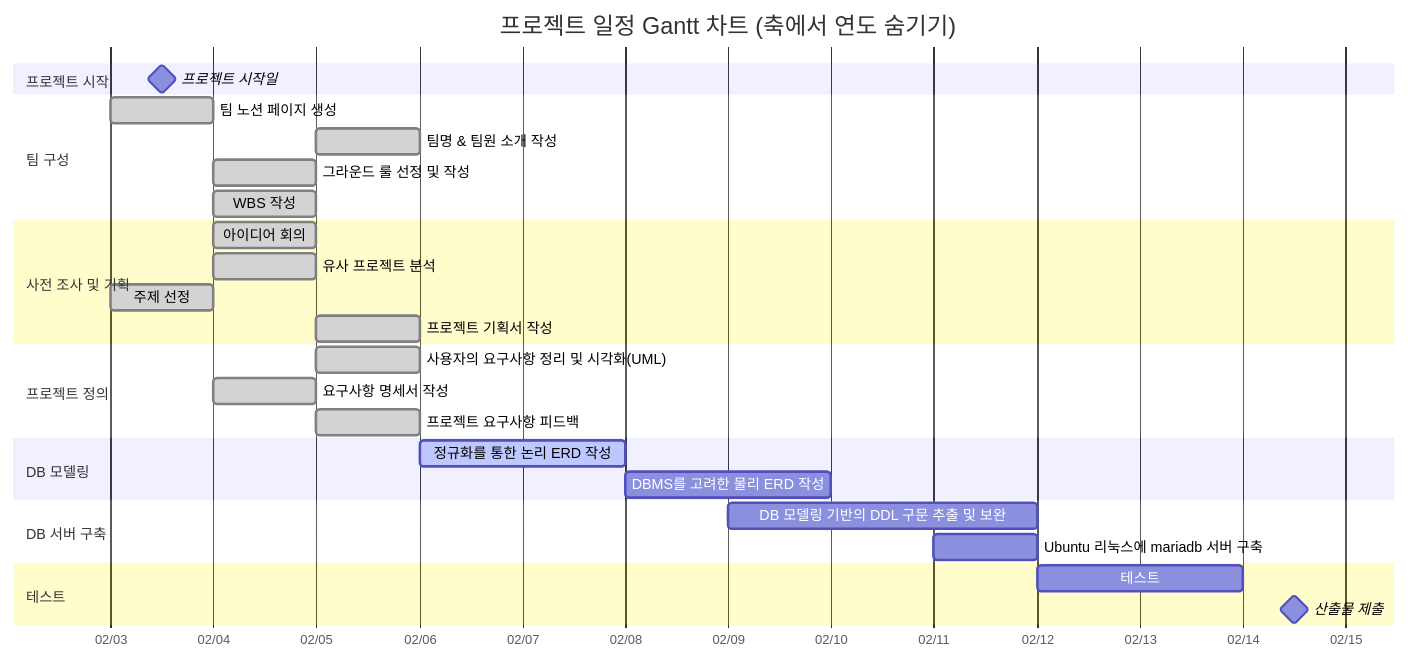
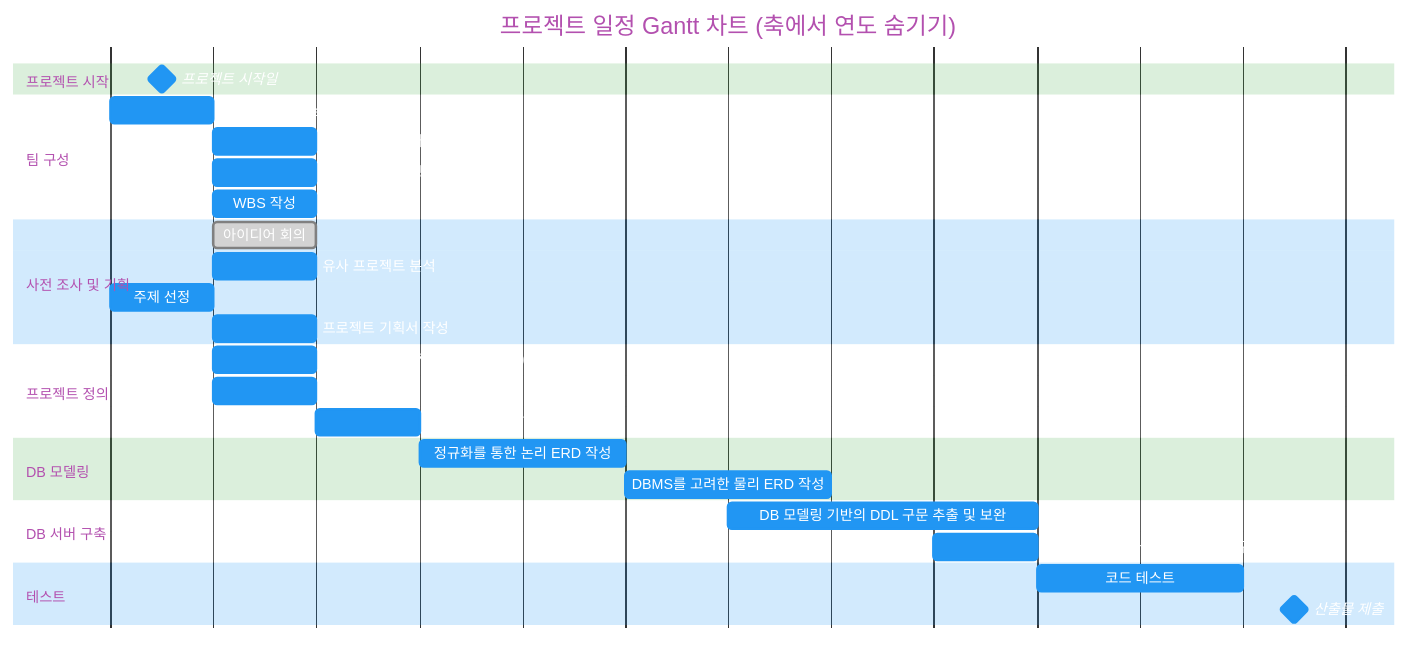
One commit to 64etuor/beyond15th-project-preparation changed the diagram in gannt.md. Above: the diagram before and after it, drawn with Mermaid.

Commit message:
gannt updated

````diff
--- a/gannt.md
+++ b/gannt.md
@@ -3,38 +3,50 @@
 ```mermaid
+%%{init: {
+  'theme': 'base',
+  'themeVariables': {
+    'primaryColor': '#2196f3',
+    'primaryTextColor': '#fff',
+    'primaryBorderColor': '#2196f3',
+    'lineColor': '#2196f3',
+    'secondaryColor': '#ff9800',
+    'tertiaryColor': '#4caf50'
+  }
+}}%%
+
 gantt
 dateFormat  YYYY-MM-DD
 axisFormat  %m/%d
 title 프로젝트 일정 Gantt 차트 (축에서 연도 숨기기)
 
 section 프로젝트 시작
 프로젝트 시작일 :milestone, 2025-02-03, 1d
 
 section 팀 구성
-팀 노션 페이지 생성       :done, 2025-02-03, 1d
-팀명 & 팀원 소개 작성     :done, 2025-02-05, 1d
-그라운드 룰 선정 및 작성  :done, 2025-02-04, 1d
-WBS 작성                :done, 2025-02-04, 1d
+팀 노션 페이지 생성       :2025-02-03, 1d
+팀명 & 팀원 소개 작성     :2025-02-04, 1d
+그라운드 룰 선정 및 작성  :2025-02-04, 1d
+WBS 작성                :2025-02-04, 1d
 
 section 사전 조사 및 기획
 아이디어 회의            :done, 2025-02-04, 1d
-유사 프로젝트 분석       :done, 2025-02-04, 1d
-주제 선정               :done, 2025-02-03, 1d
-프로젝트 기획서 작성     :done, 2025-02-05, 1d
+유사 프로젝트 분석       :2025-02-04, 1d
+주제 선정               :2025-02-03, 1d
+프로젝트 기획서 작성     :2025-02-04, 1d
 
 section 프로젝트 정의
-사용자의 요구사항 정리 및 시각화(UML) :done, 2025-02-05, 1d
-요구사항 명세서 작성                 :done, 2025-02-04, 1d
-프로젝트 요구사항 피드백            :done, 2025-02-05, 1d
+사용자의 요구사항 정리 및 시각화(UML) :2025-02-04, 1d
+요구사항 명세서 작성                 :2025-02-04, 1d
+프로젝트 요구사항 피드백            :2025-02-05, 1d
 
 section DB 모델링
-정규화를 통한 논리 ERD 작성          :active, 2025-02-06, 2025-02-08
+정규화를 통한 논리 ERD 작성          :2025-02-06, 2025-02-08
 DBMS를 고려한 물리 ERD 작성         :2025-02-08, 2025-02-10
 
 section DB 서버 구축
 DB 모델링 기반의 DDL 구문 추출 및 보완 :2025-02-09, 2025-02-12
 Ubuntu 리눅스에 mariadb 서버 구축     :2025-02-11, 2025-02-12
 
-section 테스트
-테스트                  :2025-02-12, 2025-02-14
+Section 테스트
+코드 테스트                  :2025-02-12, 2025-02-14
 산출물 제출             :milestone, 2025-02-14, 1d
 ```
````
